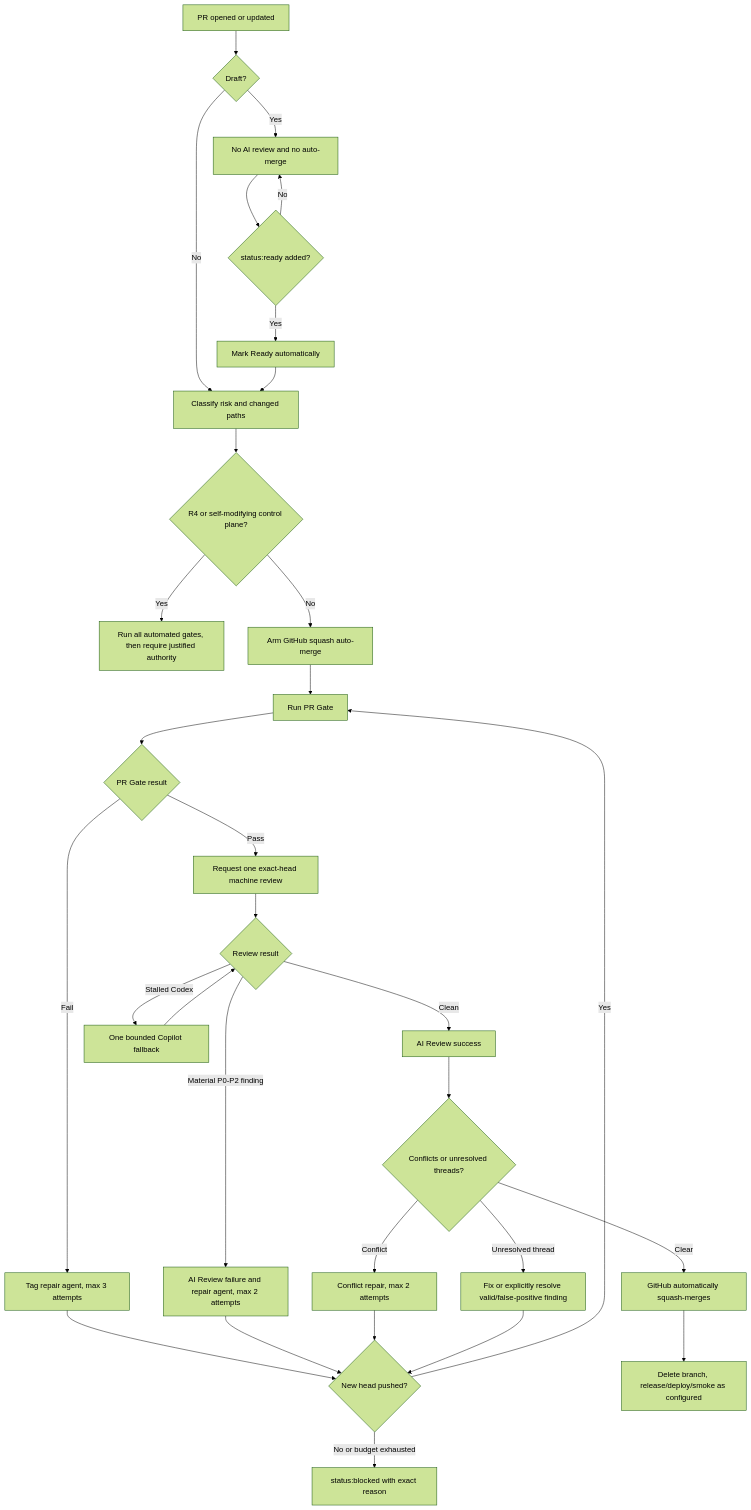
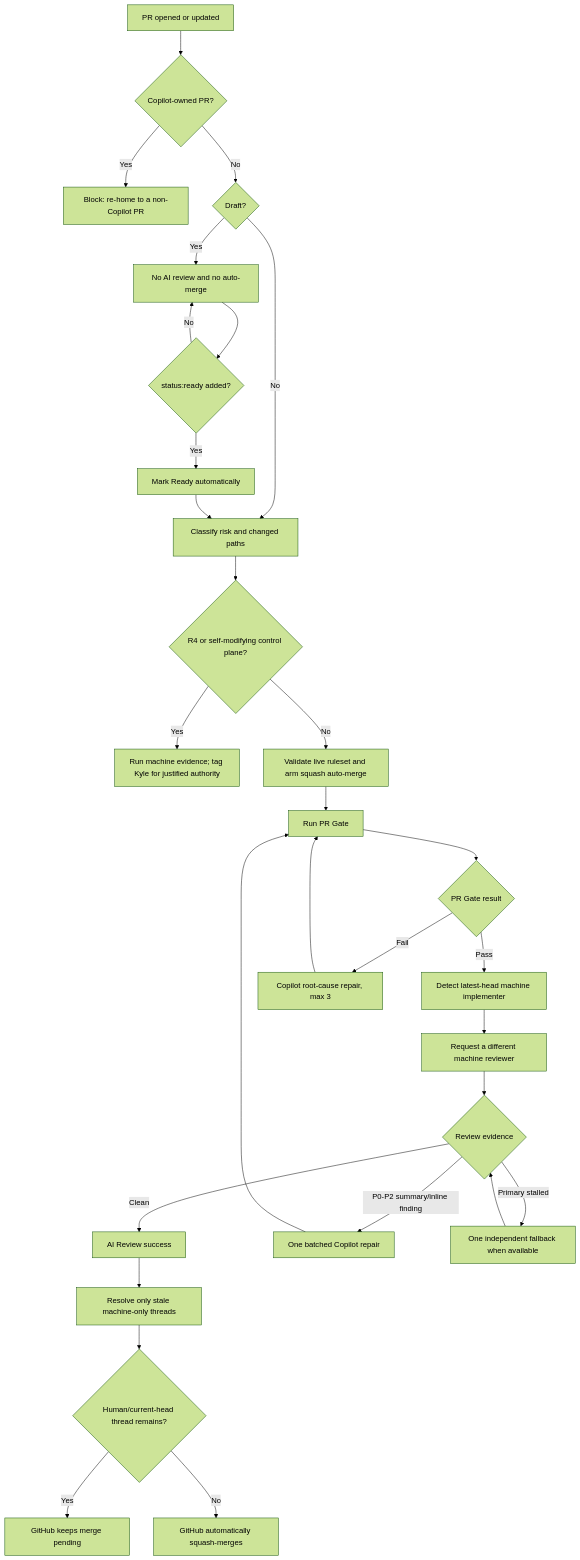
Before and after one commit to kgsmith19/agent-engineering-standard: the diagram in DELIVERY_GITHUB.md, drawn with Mermaid (forest theme). The commit also changed other lines of this file, not shown here.

Commit message:
docs: align delivery architecture with inline review repair and bounded spend

````diff
--- a/DELIVERY_GITHUB.md
+++ b/DELIVERY_GITHUB.md
@@ -62,33 +65,31 @@
 ```mermaid
 flowchart TD
-    A[PR opened or updated] --> B{Draft?}
-    B -- Yes --> C[No AI review and no auto-merge]
-    C --> D{status:ready added?}
-    D -- No --> C
-    D -- Yes --> E[Mark Ready automatically]
-    B -- No --> F[Classify risk and changed paths]
-    E --> F
-    F --> G{R4 or self-modifying control plane?}
-    G -- Yes --> H[Run all automated gates, then require justified authority]
-    G -- No --> I[Arm GitHub squash auto-merge]
-    I --> J[Run PR Gate]
-    J --> K{PR Gate result}
-    K -- Pass --> L[Request one exact-head machine review]
-    K -- Fail --> M[Tag repair agent, max 3 attempts]
-    M --> N{New head pushed?}
-    N -- Yes --> J
-    N -- No or budget exhausted --> O[status:blocked with exact reason]
-    L --> P{Review result}
-    P -- Clean --> Q[AI Review success]
-    P -- Material P0-P2 finding --> R[AI Review failure and repair agent, max 2 attempts]
-    R --> N
-    P -- Stalled Codex --> S[One bounded Copilot fallback]
-    S --> P
-    Q --> T{Conflicts or unresolved threads?}
-    T -- Conflict --> U[Conflict repair, max 2 attempts]
-    U --> N
-    T -- Unresolved thread --> V[Fix or explicitly resolve valid/false-positive finding]
-    V --> N
-    T -- Clear --> W[GitHub automatically squash-merges]
-    W --> X[Delete branch, release/deploy/smoke as configured]
+    A[PR opened or updated] --> B{Copilot-owned PR?}
+    B -- Yes --> C[Block: re-home to a non-Copilot PR]
+    B -- No --> D{Draft?}
+    D -- Yes --> E[No AI review and no auto-merge]
+    E --> F{status:ready added?}
+    F -- No --> E
+    F -- Yes --> G[Mark Ready automatically]
+    D -- No --> H[Classify risk and changed paths]
+    G --> H
+    H --> I{R4 or self-modifying control plane?}
+    I -- Yes --> J[Run machine evidence; tag Kyle for justified authority]
+    I -- No --> K[Validate live ruleset and arm squash auto-merge]
+    K --> L[Run PR Gate]
+    L --> M{PR Gate result}
+    M -- Pass --> N[Detect latest-head machine implementer]
+    M -- Fail --> O[Copilot root-cause repair, max 3]
+    O --> L
+    N --> P[Request a different machine reviewer]
+    P --> Q{Review evidence}
+    Q -- Clean --> R[AI Review success]
+    Q -- P0-P2 summary/inline finding --> S[One batched Copilot repair]
+    S --> L
+    Q -- Primary stalled --> T[One independent fallback when available]
+    T --> Q
+    R --> U[Resolve only stale machine-only threads]
+    U --> V{Human/current-head thread remains?}
+    V -- Yes --> W[GitHub keeps merge pending]
+    V -- No --> X[GitHub automatically squash-merges]
 ```
````
